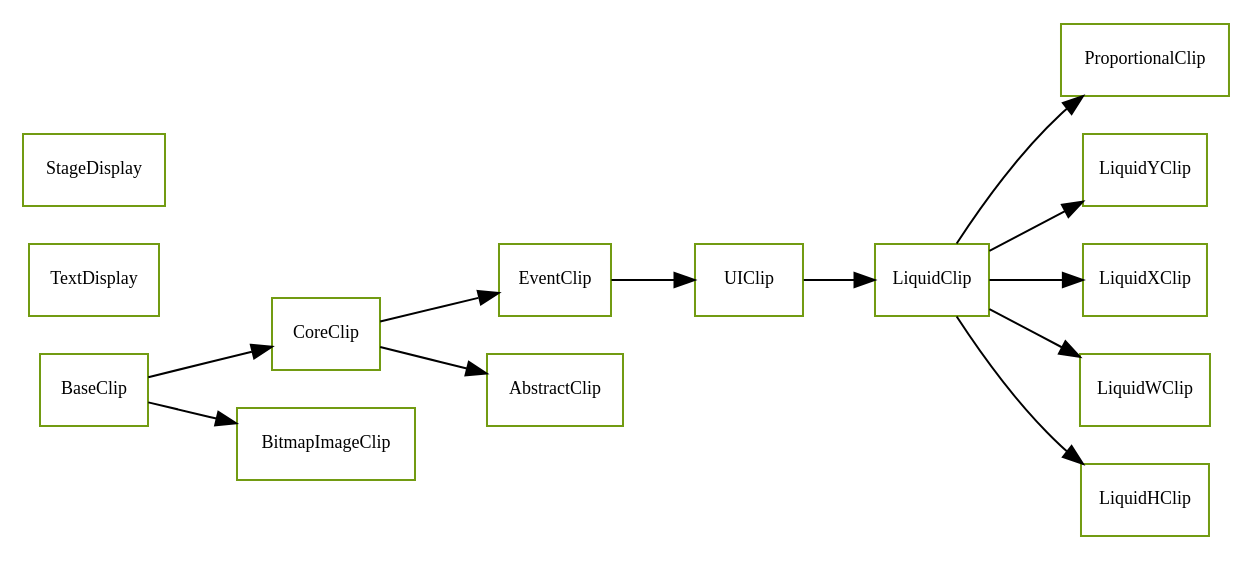
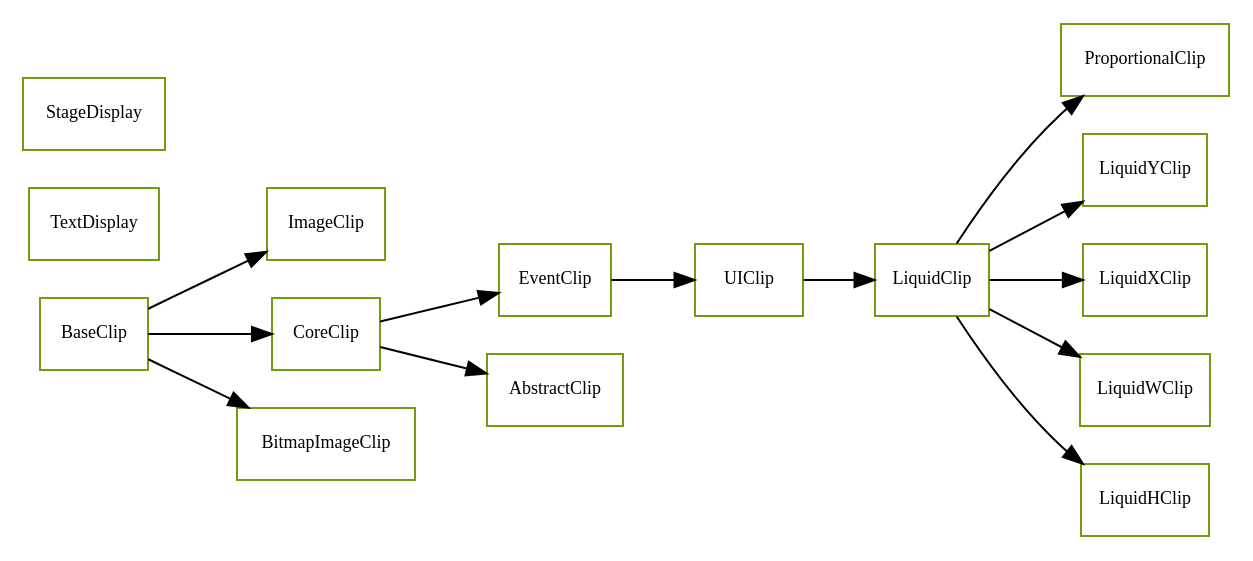
Before and after one commit to sekati/sasapi: the diagram in docs/com/sekati/display/classes.dot, drawn with Graphviz. The commit also changed 66 other files, not shown here.

```diff
--- a/docs/com/sekati/display/classes.dot
+++ b/docs/com/sekati/display/classes.dot
@@ -1,140 +1,150 @@
 strict digraph class_diagram {
   rankdir=LR;
   TypeUIClip[
     label="UIClip",
     URL="UIClip.html",
     tooltip="com.sekati.display.UIClip",
     fontname="Verdana",
     fontsize="9"
     color="#729b12"
     shape="record"
   ];
   TypeTextDisplay[
     label="TextDisplay",
     URL="TextDisplay.html",
     tooltip="com.sekati.display.TextDisplay",
     fontname="Verdana",
     fontsize="9"
     color="#729b12"
     shape="record"
   ];
   TypeStageDisplay[
     label="StageDisplay",
     URL="StageDisplay.html",
     tooltip="com.sekati.display.StageDisplay",
     fontname="Verdana",
     fontsize="9"
     color="#729b12"
     shape="record"
   ];
   TypeProportionalClip[
     label="ProportionalClip",
     URL="ProportionalClip.html",
     tooltip="com.sekati.display.ProportionalClip",
     fontname="Verdana",
     fontsize="9"
     color="#729b12"
     shape="record"
   ];
   TypeLiquidYClip[
     label="LiquidYClip",
     URL="LiquidYClip.html",
     tooltip="com.sekati.display.LiquidYClip",
     fontname="Verdana",
     fontsize="9"
     color="#729b12"
     shape="record"
   ];
   TypeLiquidXClip[
     label="LiquidXClip",
     URL="LiquidXClip.html",
     tooltip="com.sekati.display.LiquidXClip",
     fontname="Verdana",
     fontsize="9"
     color="#729b12"
     shape="record"
   ];
   TypeLiquidWClip[
     label="LiquidWClip",
     URL="LiquidWClip.html",
     tooltip="com.sekati.display.LiquidWClip",
     fontname="Verdana",
     fontsize="9"
     color="#729b12"
     shape="record"
   ];
   TypeLiquidHClip[
     label="LiquidHClip",
     URL="LiquidHClip.html",
     tooltip="com.sekati.display.LiquidHClip",
     fontname="Verdana",
     fontsize="9"
     color="#729b12"
     shape="record"
   ];
   TypeLiquidClip[
     label="LiquidClip",
     URL="LiquidClip.html",
     tooltip="com.sekati.display.LiquidClip",
     fontname="Verdana",
     fontsize="9"
     color="#729b12"
     shape="record"
   ];
+  TypeImageClip[
+    label="ImageClip",
+    URL="ImageClip.html",
+    tooltip="com.sekati.display.ImageClip",
+    fontname="Verdana",
+    fontsize="9"
+    color="#729b12"
+    shape="record"
+  ];
   TypeEventClip[
     label="EventClip",
     URL="EventClip.html",
     tooltip="com.sekati.display.EventClip",
     fontname="Verdana",
     fontsize="9"
     color="#729b12"
     shape="record"
   ];
   TypeCoreClip[
     label="CoreClip",
     URL="CoreClip.html",
     tooltip="com.sekati.display.CoreClip",
     fontname="Verdana",
     fontsize="9"
     color="#729b12"
     shape="record"
   ];
   TypeBitmapImageClip[
     label="BitmapImageClip",
     URL="BitmapImageClip.html",
     tooltip="com.sekati.display.BitmapImageClip",
     fontname="Verdana",
     fontsize="9"
     color="#729b12"
     shape="record"
   ];
   TypeBaseClip[
     label="BaseClip",
     URL="BaseClip.html",
     tooltip="com.sekati.display.BaseClip",
     fontname="Verdana",
     fontsize="9"
     color="#729b12"
     shape="record"
   ];
   TypeAbstractClip[
     label="AbstractClip",
     URL="AbstractClip.html",
     tooltip="com.sekati.display.AbstractClip",
     fontname="Verdana",
     fontsize="9"
     color="#729b12"
     shape="record"
   ];
   TypeEventClip -> TypeUIClip;
   TypeLiquidClip -> TypeProportionalClip;
   TypeLiquidClip -> TypeLiquidYClip;
   TypeLiquidClip -> TypeLiquidXClip;
   TypeLiquidClip -> TypeLiquidWClip;
   TypeLiquidClip -> TypeLiquidHClip;
   TypeUIClip -> TypeLiquidClip;
+  TypeBaseClip -> TypeImageClip;
   TypeCoreClip -> TypeEventClip;
   TypeBaseClip -> TypeCoreClip;
   TypeBaseClip -> TypeBitmapImageClip;
   TypeCoreClip -> TypeAbstractClip;
 }
```
